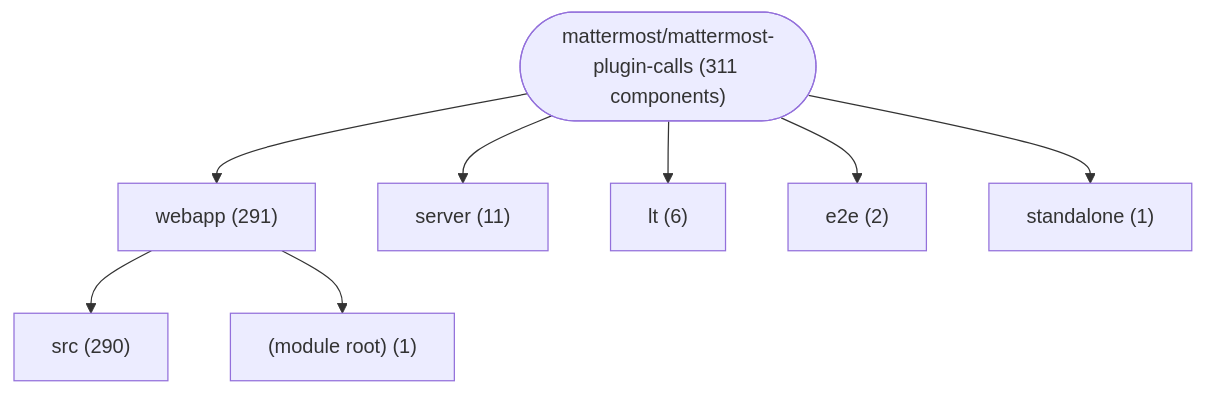
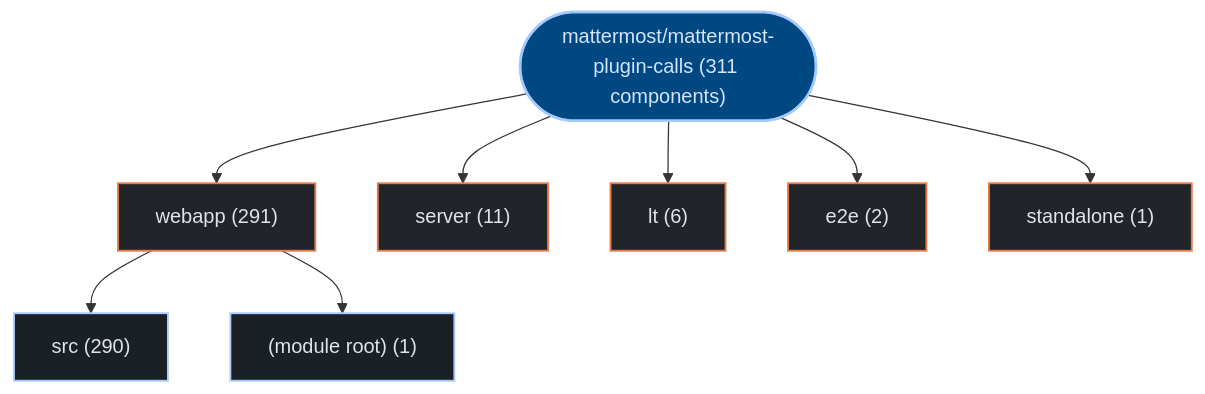
Before and after one commit to kumarshaz/atruss-code-atlas: the first of 3 diagrams in exports/latest/reports/mattermost-mattermost-plugin-calls-report.md, drawn with Mermaid. The commit also changed other lines of this file and 331 other files, not shown here.

Commit message:
docs,ui,fix: update SDLC docs, reorder CI/CD DAG first, stylize Mermaid, and fix Arc42 pipeline topology

````diff
--- a/exports/latest/reports/mattermost-mattermost-plugin-calls-report.md
+++ b/exports/latest/reports/mattermost-mattermost-plugin-calls-report.md
@@ -42,18 +42,25 @@
 ```mermaid
 graph TD;
-    repo_root(["mattermost/mattermost-plugin-calls (311 components)"])
-    dir_0_webapp["webapp (291)"]
+  classDef atlasRoot fill:#004882,stroke:#a3c9ff,stroke-width:2px,color:#d3e4ff
+  classDef atlasCategory fill:#212428,stroke:#E87A48,stroke-width:1.5px,color:#dfe3eb
+  classDef atlasWorkflow fill:#1b2026,stroke:#a3c9ff,stroke-width:1.5px,color:#dfe3eb
+  classDef atlasJob fill:#171c22,stroke:#8d9199,stroke-width:1px,color:#dfe3eb
+  classDef atlasTarget fill:#005227,stroke:#8bd99b,stroke-width:1.5px,color:#a7f6b6
+  classDef atlasAlert fill:#93000a,stroke:#ffb4ab,stroke-width:1.5px,color:#ffdad6
+  classDef atlasMore fill:#252a31,stroke:#8d9199,stroke-dasharray:4 4,color:#c3c6cf
+    repo_root(["mattermost/mattermost-plugin-calls (311 components)"]):::atlasRoot
+    dir_0_webapp["webapp (291)"]:::atlasCategory
     repo_root --> dir_0_webapp
-    sub_0_0_src["src (290)"]
+    sub_0_0_src["src (290)"]:::atlasWorkflow
     dir_0_webapp --> sub_0_0_src
-    sub_0_1__module_root_["(module root) (1)"]
+    sub_0_1__module_root_["(module root) (1)"]:::atlasWorkflow
     dir_0_webapp --> sub_0_1__module_root_
-    dir_1_server["server (11)"]
+    dir_1_server["server (11)"]:::atlasCategory
     repo_root --> dir_1_server
-    dir_2_lt["lt (6)"]
+    dir_2_lt["lt (6)"]:::atlasCategory
     repo_root --> dir_2_lt
-    dir_3_e2e["e2e (2)"]
+    dir_3_e2e["e2e (2)"]:::atlasCategory
     repo_root --> dir_3_e2e
-    dir_4_standalone["standalone (1)"]
+    dir_4_standalone["standalone (1)"]:::atlasCategory
     repo_root --> dir_4_standalone
 ```
````
